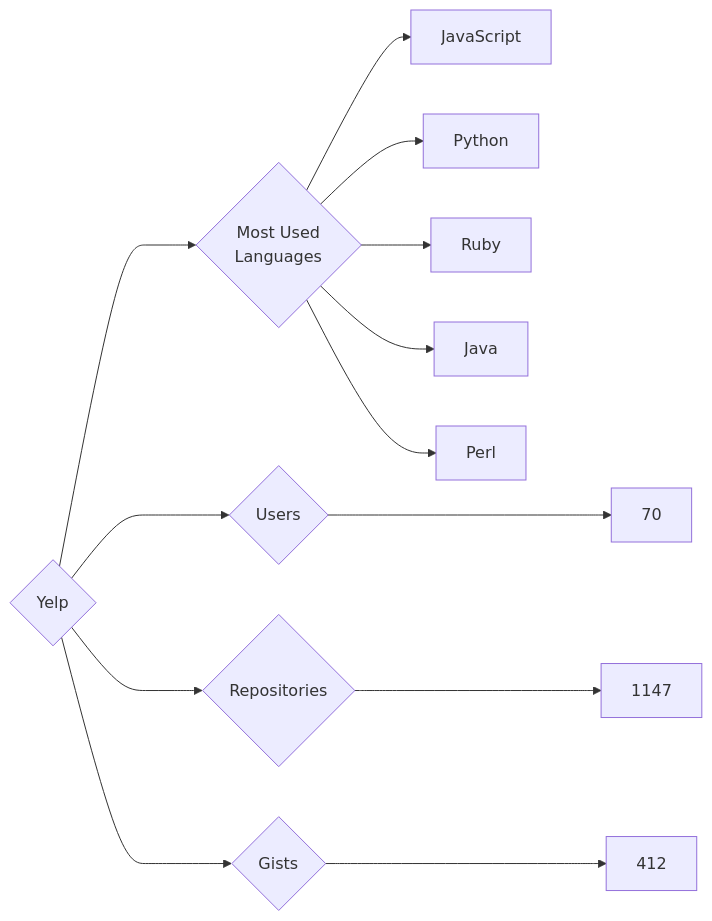
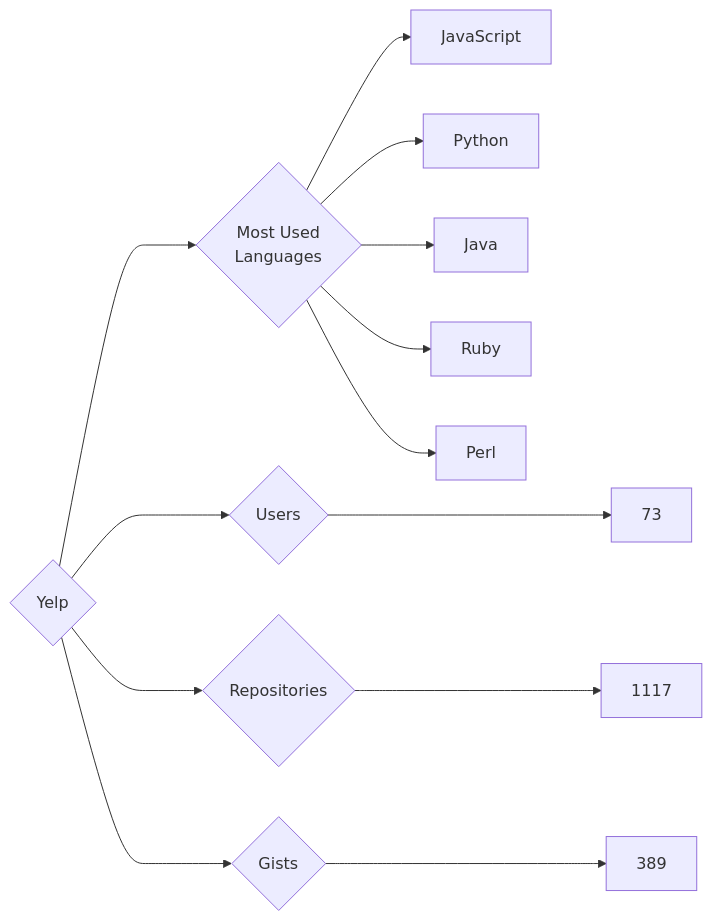
Before and after one commit to trickest/insiders: the diagram in targets/Yelp/README.md, drawn with Mermaid. The commit also changed 1479 other files, not shown here.

````diff
--- a/targets/Yelp/README.md
+++ b/targets/Yelp/README.md
@@ -3,13 +3,13 @@
 ```mermaid
 graph LR
 COMPANY_NAME{Yelp}
-COMPANY_NAME ---> U{Users} ---> UN[70]
-COMPANY_NAME ---> R{Repositories} ---> RN[1147]
-COMPANY_NAME ---> G{Gists} ---> GN[412]
+COMPANY_NAME ---> U{Users} ---> UN[73]
+COMPANY_NAME ---> R{Repositories} ---> RN[1117]
+COMPANY_NAME ---> G{Gists} ---> GN[389]
 COMPANY_NAME ---> ML{Most Used<br>Languages}
 ML --> JavaScript[JavaScript]
 ML --> Python[Python]
+ML --> Java[Java]
 ML --> Ruby[Ruby]
-ML --> Java[Java]
 ML --> Perl[Perl]
 ```
````
